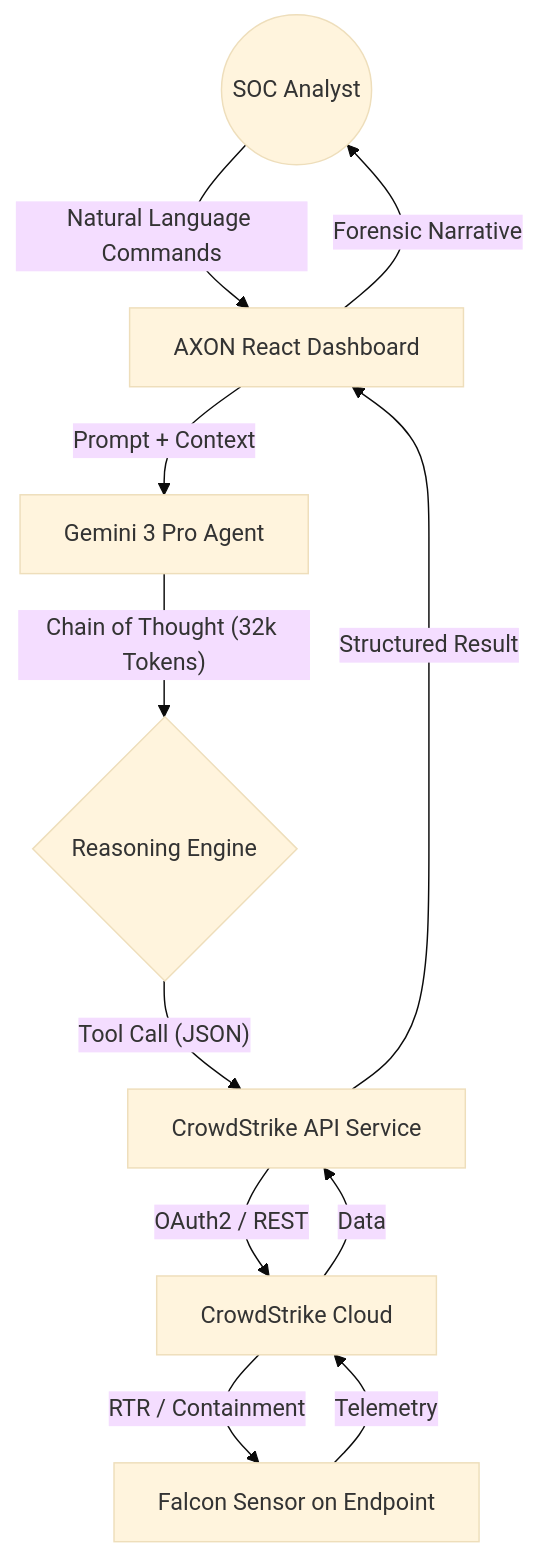
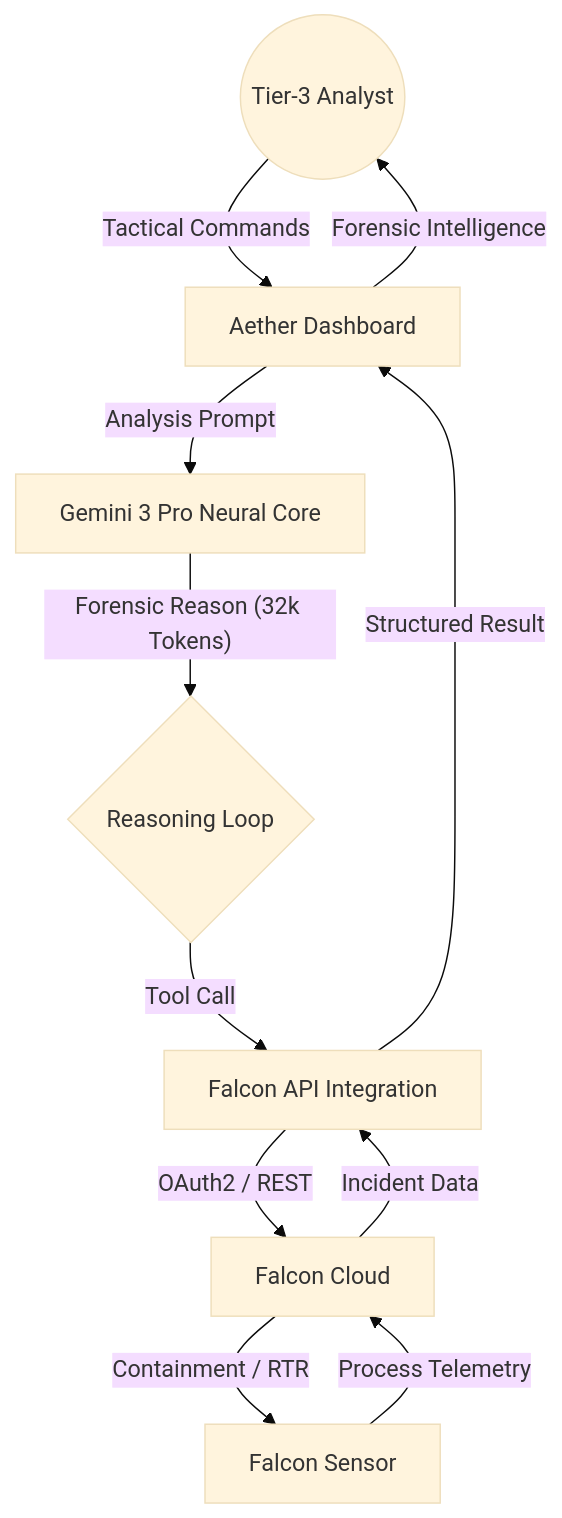
The diagram in README.md (ritvikindupuri/Falcon-Intelligence), drawn with Mermaid (base theme) before and after one commit. The commit also changed other lines of this file and 6 other files, not shown here.

First line of the commit message:
feat: Rename project from AXON to AETHER

````diff
--- a/README.md
+++ b/README.md
@@ -26,13 +44,13 @@
 ```mermaid
 graph TD
-    User((SOC Analyst)) -- "Natural Language Commands" --> UI[AXON React Dashboard]
-    UI -- "Prompt + Context" --> GeminiAgent[Gemini 3 Pro Agent]
-    GeminiAgent -- "Chain of Thought (32k Tokens)" --> Reasoning{Reasoning Engine}
-    Reasoning -- "Tool Call (JSON)" --> CS_Service[CrowdStrike API Service]
-    CS_Service -- "OAuth2 / REST" --> CS_Cloud[CrowdStrike Cloud]
-    CS_Cloud -- "RTR / Containment" --> Sensor[Falcon Sensor on Endpoint]
-    Sensor -- "Telemetry" --> CS_Cloud
-    CS_Cloud -- "Data" --> CS_Service
-    CS_Service -- "Structured Result" --> UI
-    UI -- "Forensic Narrative" --> User
+    User((Tier-3 Analyst)) -- "Tactical Commands" --> UI[Aether Dashboard]
+    UI -- "Analysis Prompt" --> Core[Gemini 3 Pro Neural Core]
+    Core -- "Forensic Reason (32k Tokens)" --> Thinking{Reasoning Loop}
+    Thinking -- "Tool Call" --> API_Handler[Falcon API Integration]
+    API_Handler -- "OAuth2 / REST" --> CS_Cloud[Falcon Cloud]
+    CS_Cloud -- "Containment / RTR" --> Sensor[Falcon Sensor]
+    Sensor -- "Process Telemetry" --> CS_Cloud
+    CS_Cloud -- "Incident Data" --> API_Handler
+    API_Handler -- "Structured Result" --> UI
+    UI -- "Forensic Intelligence" --> User
 ```
````
